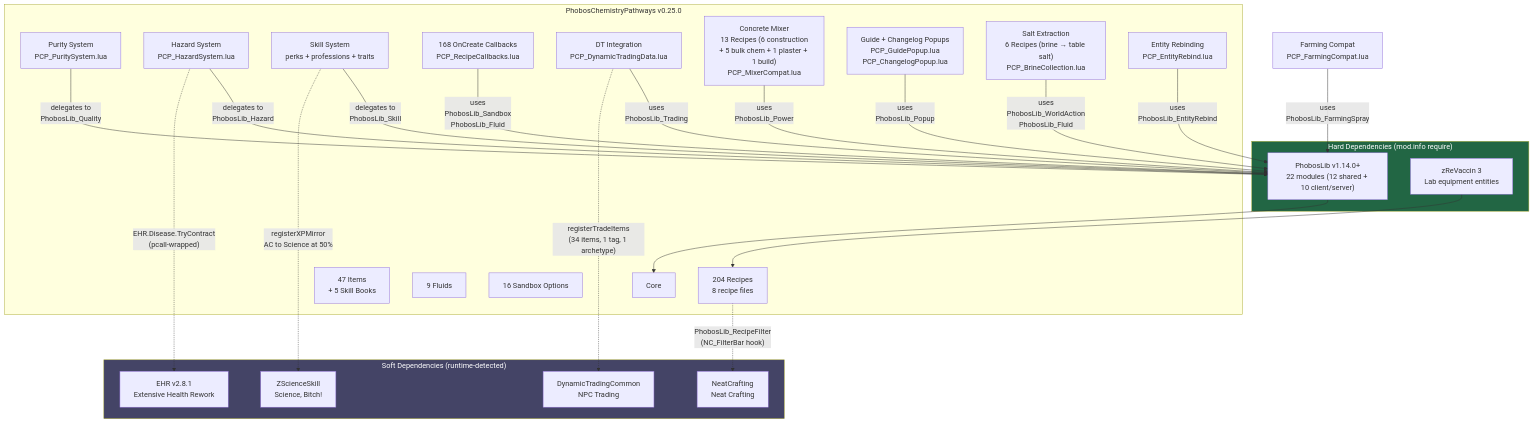
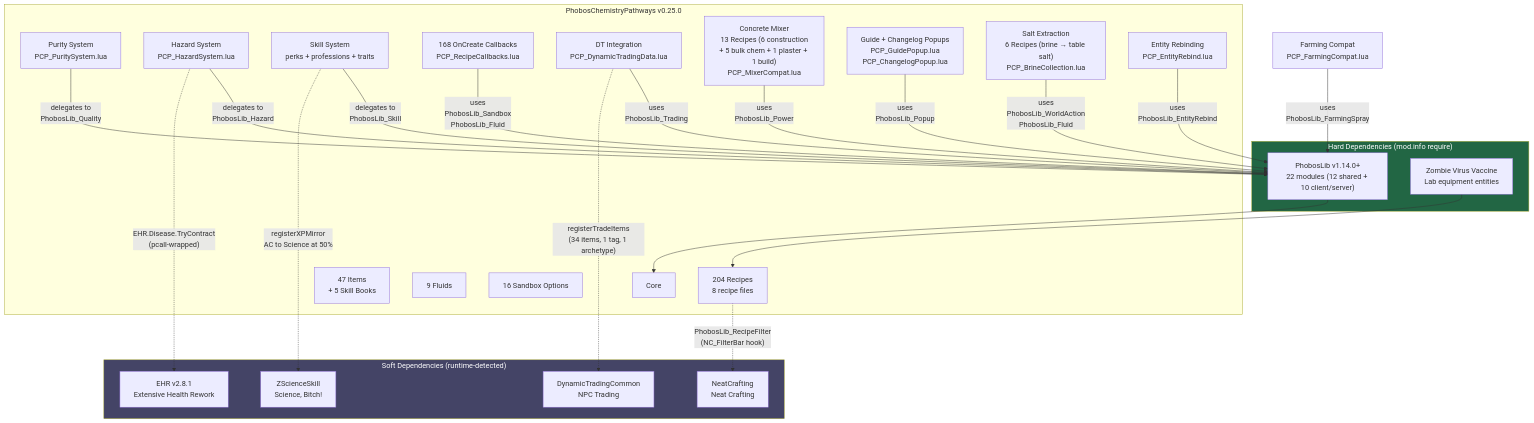
One commit to phobos-dthorga/mod-pz-chemistry-pathways changed the first of 2 diagrams in docs/diagrams/architecture.md. Above: the diagram before and after it, drawn with Mermaid. The commit also changed other lines of this file and 17 other files, not shown here.

First line of the commit message:
feat!: migrate hard dependency from zReVaccin to Zombie Virus Vaccine

````diff
--- a/docs/diagrams/architecture.md
+++ b/docs/diagrams/architecture.md
@@ -26,54 +26,54 @@
 ```mermaid
 graph TB
     subgraph HARD["Hard Dependencies (mod.info require)"]
         PL["PhobosLib v1.14.0+<br/>22 modules (12 shared + 10 client/server)"]
-        ZR["zReVaccin 3<br/>Lab equipment entities"]
+        ZR["Zombie Virus Vaccine<br/>Lab equipment entities"]
     end
 
     subgraph PCP["PhobosChemistryPathways v0.25.0"]
         CORE["Core"]
         REC["204 Recipes<br/>8 recipe files"]
         ITEMS["47 Items<br/>+ 5 Skill Books"]
         FLUIDS["9 Fluids"]
         SB["16 Sandbox Options"]
         PURITY["Purity System<br/>PCP_PuritySystem.lua"]
         HAZARD["Hazard System<br/>PCP_HazardSystem.lua"]
         SKILL["Skill System<br/>perks + professions + traits"]
         CALLBACKS["168 OnCreate Callbacks<br/>PCP_RecipeCallbacks.lua"]
         TRADING["DT Integration<br/>PCP_DynamicTradingData.lua"]
         MIXER["Concrete Mixer<br/>13 Recipes (6 construction<br/>+ 5 bulk chem + 1 plaster + 1 build)<br/>PCP_MixerCompat.lua"]
         POPUP["Guide + Changelog Popups<br/>PCP_GuidePopup.lua<br/>PCP_ChangelogPopup.lua"]
         SALT["Salt Extraction<br/>6 Recipes (brine → table salt)<br/>PCP_BrineCollection.lua"]
         REBIND["Entity Rebinding<br/>PCP_EntityRebind.lua"]
     end
 
     subgraph SOFT["Soft Dependencies (runtime-detected)"]
         ZSS["ZScienceSkill<br/>Science, Bitch!"]
         EHR["EHR v2.8.1<br/>Extensive Health Rework"]
         DT["DynamicTradingCommon<br/>NPC Trading"]
         NC["NeatCrafting<br/>Neat Crafting"]
     end
 
     PL --> CORE
     ZR --> REC
 
     PURITY -->|"delegates to<br/>PhobosLib_Quality"| PL
     HAZARD -->|"delegates to<br/>PhobosLib_Hazard"| PL
     SKILL -->|"delegates to<br/>PhobosLib_Skill"| PL
     CALLBACKS -->|"uses<br/>PhobosLib_Sandbox<br/>PhobosLib_Fluid"| PL
     TRADING -->|"uses<br/>PhobosLib_Trading"| PL
     FARMING["Farming Compat<br/>PCP_FarmingCompat.lua"]
     FARMING -->|"uses<br/>PhobosLib_FarmingSpray"| PL
     MIXER -->|"uses<br/>PhobosLib_Power"| PL
     POPUP -->|"uses<br/>PhobosLib_Popup"| PL
     SALT -->|"uses<br/>PhobosLib_WorldAction<br/>PhobosLib_Fluid"| PL
     REBIND -->|"uses<br/>PhobosLib_EntityRebind"| PL
 
     HAZARD -.->|"EHR.Disease.TryContract<br/>(pcall-wrapped)"| EHR
     SKILL -.->|"registerXPMirror<br/>AC to Science at 50%"| ZSS
     TRADING -.->|"registerTradeItems<br/>(34 items, 1 tag, 1 archetype)"| DT
     REC -.->|"PhobosLib_RecipeFilter<br/>(NC_FilterBar hook)"| NC
 
     style HARD fill:#264,color:#fff
     style SOFT fill:#446,color:#fff
 ```
````
